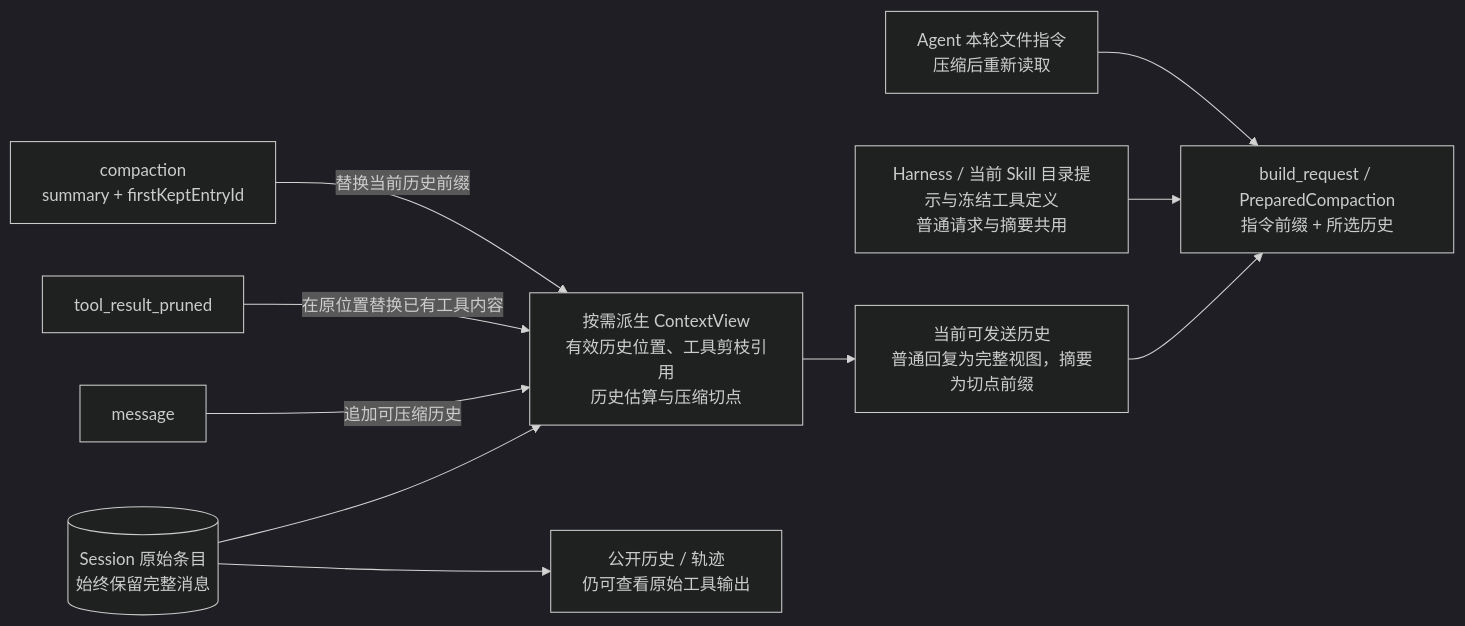
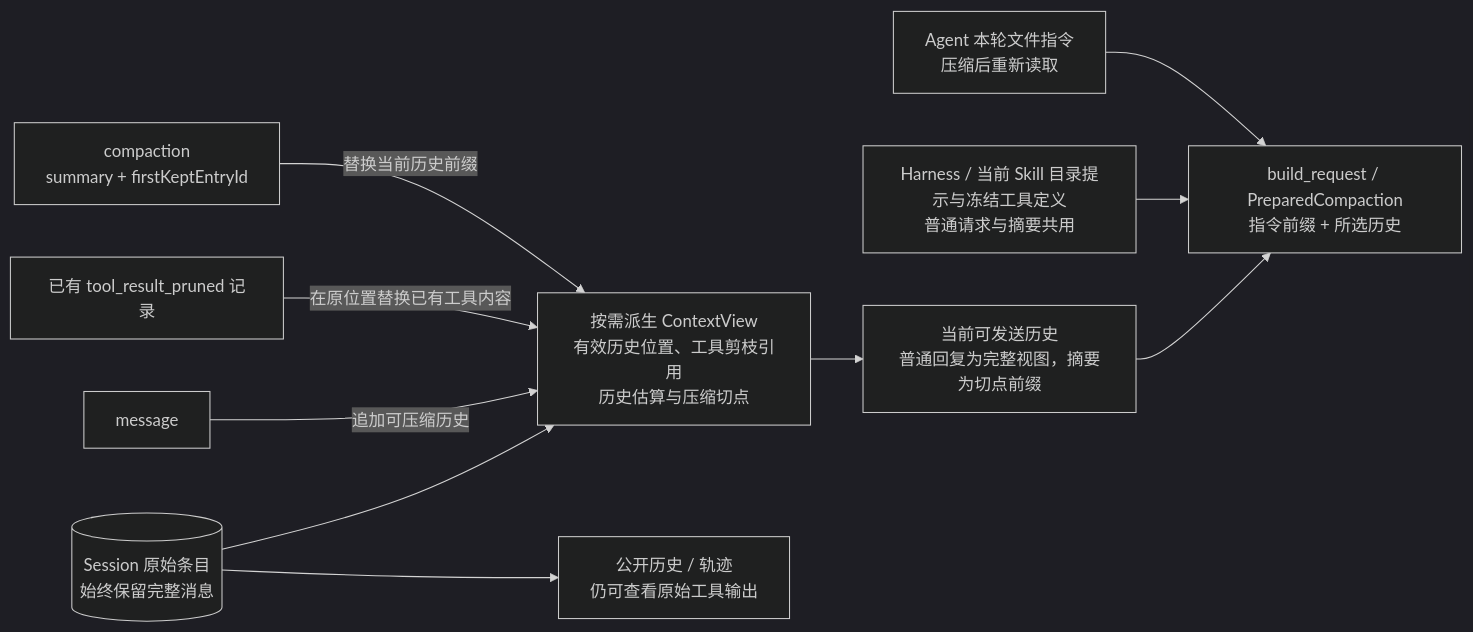
One commit to qjcnmd/singularity-agent changed diagram 21 of 28 in docs/architecture.md. Above: the diagram before and after it, drawn with Mermaid (dark theme). The commit also changed other lines of this file and 38 other files, not shown here.

````diff
--- a/docs/architecture.md
+++ b/docs/architecture.md
@@ -641,13 +632,13 @@
 ```mermaid
 flowchart LR
     Ledger[("Session 原始条目<br/>始终保留完整消息")]
     Ledger --> Context["按需派生 ContextView<br/>有效历史位置、工具剪枝引用<br/>历史估算与压缩切点"]
     Ledger --> Public["公开历史 / 轨迹<br/>仍可查看原始工具输出"]
     Message["message"] -->|"追加可压缩历史"| Context
-    Prune["tool_result_pruned"] -->|"在原位置替换已有工具内容"| Context
+    Prune["已有 tool_result_pruned 记录"] -->|"在原位置替换已有工具内容"| Context
     Compact["compaction<br/>summary + firstKeptEntryId"] -->|"替换当前历史前缀"| Context
     Context --> History["当前可发送历史<br/>普通回复为完整视图，摘要为切点前缀"]
     History --> Request["build_request / PreparedCompaction<br/>指令前缀 + 所选历史"]
     Developer["Harness / 当前 Skill 目录提示与冻结工具定义<br/>普通请求与摘要共用"] --> Request
     Files["Agent 本轮文件指令<br/>压缩后重新读取"] --> Request
 ```
````
